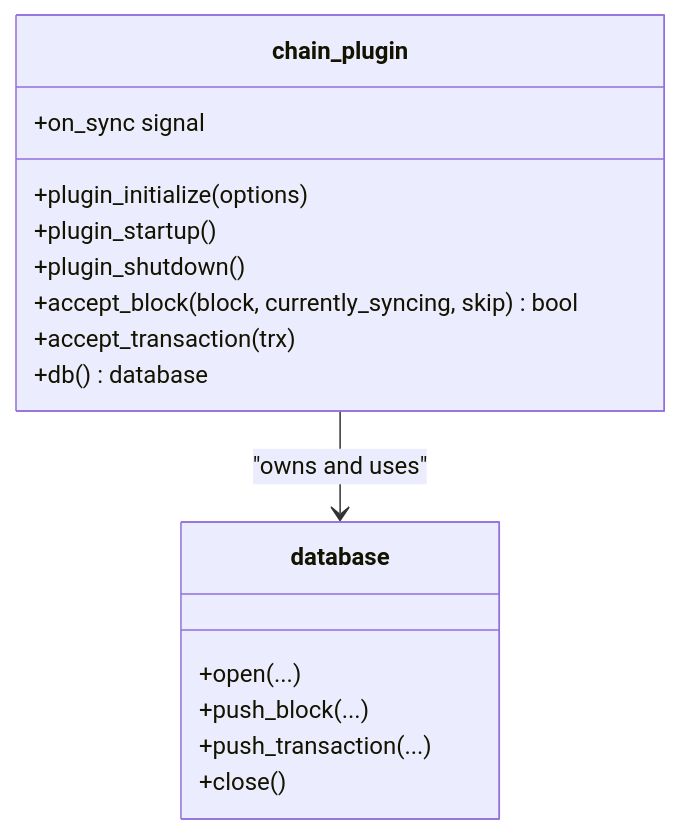
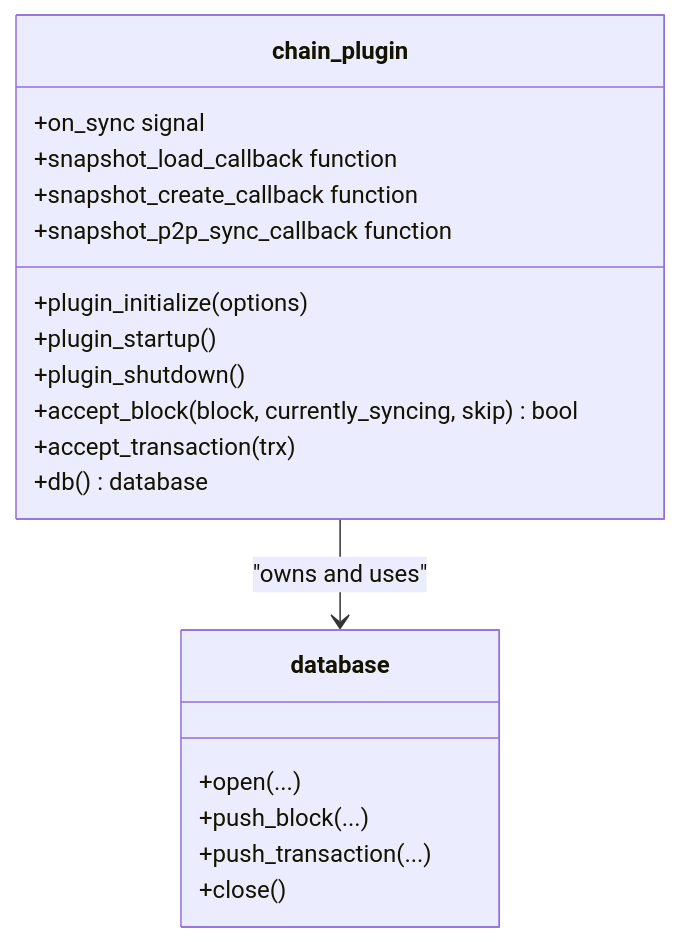
The fourth of 14 diagrams in .qoder/repowiki/en/content/Architecture Overview/Plugin Architecture/Plugin Architecture.md (VIZ-Blockchain/viz-cpp-node), drawn with Mermaid before and after one commit. The commit also changed other lines of this file and 9 other files, not shown here.

````diff
--- a/.qoder/repowiki/en/content/Architecture Overview/Plugin Architecture/Plugin Architecture.md
+++ b/.qoder/repowiki/en/content/Architecture Overview/Plugin Architecture/Plugin Architecture.md
@@ -206,19 +236,22 @@
 ```mermaid
 classDiagram
 class chain_plugin {
 +plugin_initialize(options)
 +plugin_startup()
 +plugin_shutdown()
 +accept_block(block, currently_syncing, skip) bool
 +accept_transaction(trx)
 +db() database
 +on_sync signal
++snapshot_load_callback function
++snapshot_create_callback function
++snapshot_p2p_sync_callback function
 }
 class database {
 +open(...)
 +push_block(...)
 +push_transaction(...)
 +close()
 }
 chain_plugin --> database : "owns and uses"
 ```
````
